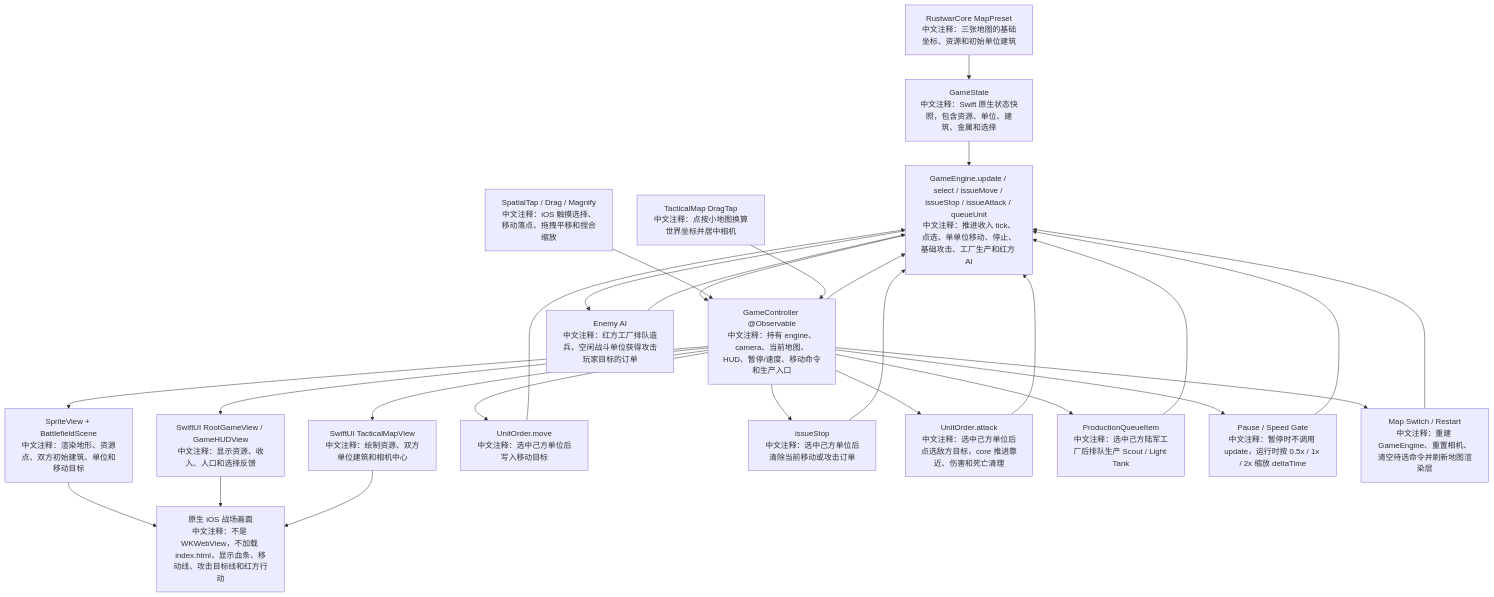
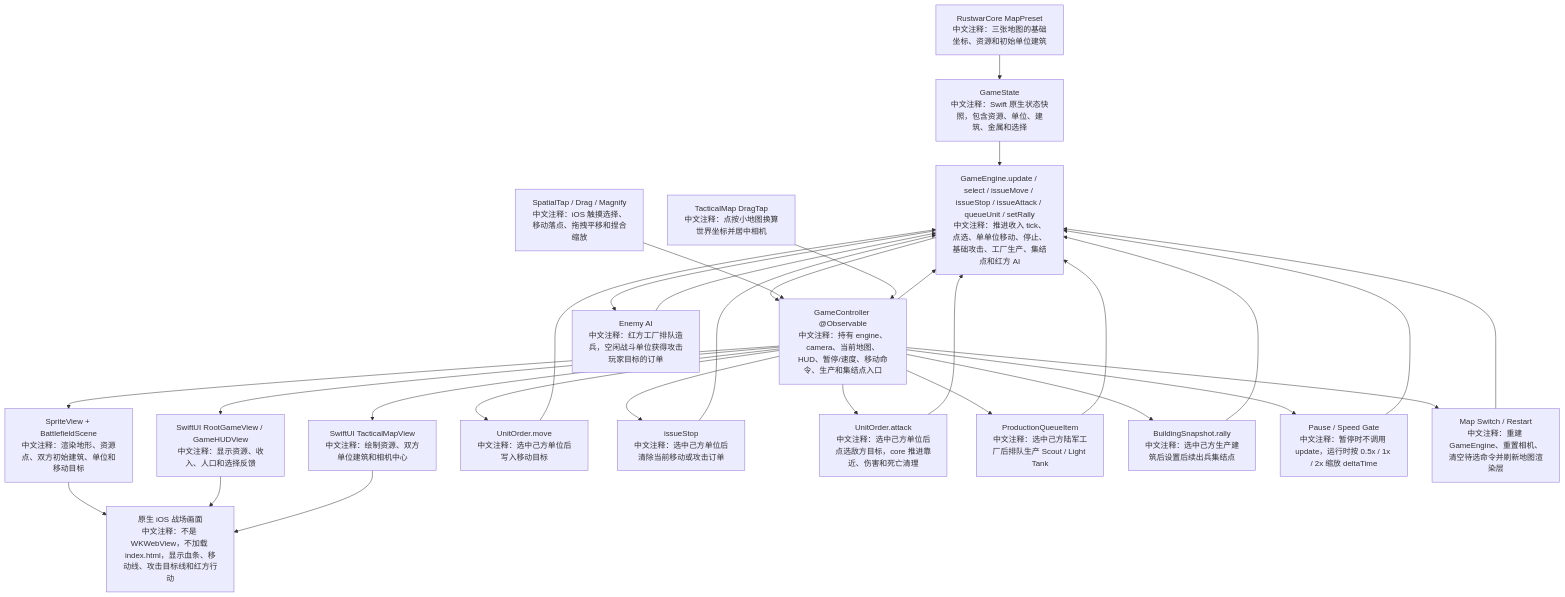
One commit to Altman-sam114/120 changed the third of 5 diagrams in md/flow/flowchart.md. Above: the diagram before and after it, drawn with Mermaid. The commit also changed 11 other files, not shown here.

````diff
--- a/md/flow/flowchart.md
+++ b/md/flow/flowchart.md
@@ -52,29 +52,31 @@
 ```mermaid
 flowchart TD
   P["RustwarCore MapPreset<br/>中文注释：三张地图的基础坐标、资源和初始单位建筑"] --> S["GameState<br/>中文注释：Swift 原生状态快照，包含资源、单位、建筑、金属和选择"]
-  S --> E["GameEngine.update / select / issueMove / issueStop / issueAttack / queueUnit<br/>中文注释：推进收入 tick、点选、单单位移动、停止、基础攻击、工厂生产和红方 AI"]
-  E --> C["GameController @Observable<br/>中文注释：持有 engine、camera、当前地图、HUD、暂停/速度、移动命令和生产入口"]
+  S --> E["GameEngine.update / select / issueMove / issueStop / issueAttack / queueUnit / setRally<br/>中文注释：推进收入 tick、点选、单单位移动、停止、基础攻击、工厂生产、集结点和红方 AI"]
+  E --> C["GameController @Observable<br/>中文注释：持有 engine、camera、当前地图、HUD、暂停/速度、移动命令、生产和集结点入口"]
   C --> H["SwiftUI RootGameView / GameHUDView<br/>中文注释：显示资源、收入、人口和选择反馈"]
   C --> TM["SwiftUI TacticalMapView<br/>中文注释：绘制资源、双方单位建筑和相机中心"]
   C --> B["SpriteView + BattlefieldScene<br/>中文注释：渲染地形、资源点、双方初始建筑、单位和移动目标"]
   T["SpatialTap / Drag / Magnify<br/>中文注释：iOS 触摸选择、移动落点、拖拽平移和捏合缩放"] --> C
   TT["TacticalMap DragTap<br/>中文注释：点按小地图换算世界坐标并居中相机"] --> C
   C --> M["UnitOrder.move<br/>中文注释：选中己方单位后写入移动目标"]
   M --> E
   C --> STP["issueStop<br/>中文注释：选中己方单位后清除当前移动或攻击订单"]
   STP --> E
   C --> A["UnitOrder.attack<br/>中文注释：选中己方单位后点选敌方目标，core 推进靠近、伤害和死亡清理"]
   A --> E
   C --> Q["ProductionQueueItem<br/>中文注释：选中己方陆军工厂后排队生产 Scout / Light Tank"]
   Q --> E
+  C --> RP["BuildingSnapshot.rally<br/>中文注释：选中己方生产建筑后设置后续出兵集结点"]
+  RP --> E
   C --> PS["Pause / Speed Gate<br/>中文注释：暂停时不调用 update，运行时按 0.5x / 1x / 2x 缩放 deltaTime"]
   PS --> E
   C --> MP["Map Switch / Restart<br/>中文注释：重建 GameEngine、重置相机、清空待选命令并刷新地图渲染层"]
   MP --> E
   E --> AI["Enemy AI<br/>中文注释：红方工厂排队造兵，空闲战斗单位获得攻击玩家目标的订单"]
   AI --> E
   C --> E
   B --> O["原生 iOS 战场画面<br/>中文注释：不是 WKWebView，不加载 index.html，显示血条、移动线、攻击目标线和红方行动"]
   H --> O
   TM --> O
 ```
````
